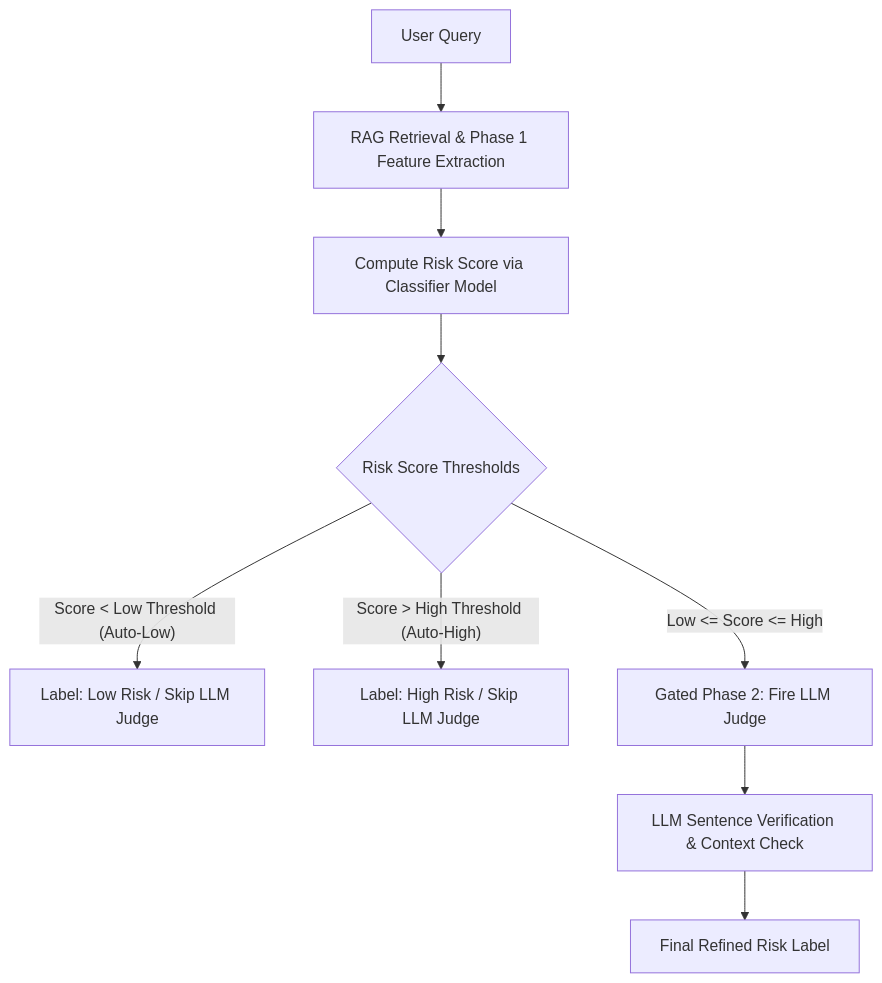
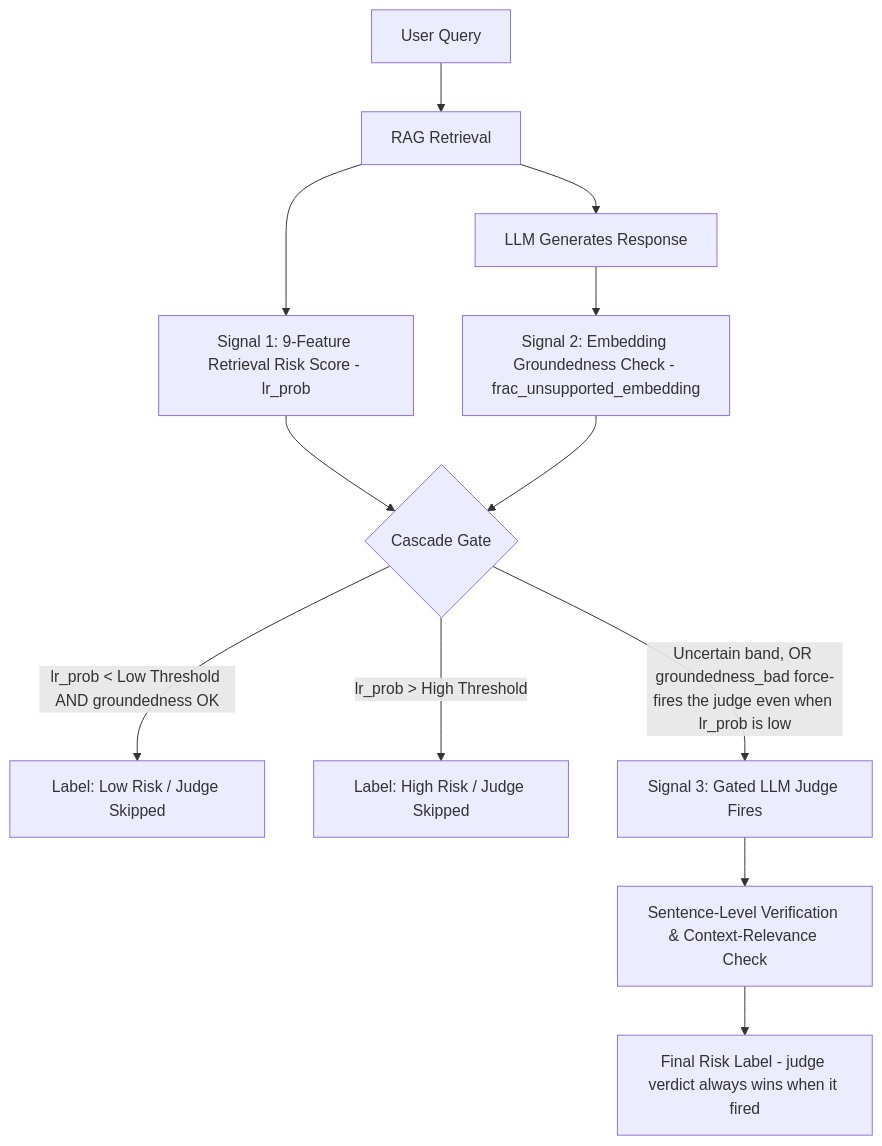
The diagram in README.md (Dipesh-MK/Zoho_Final_Pipeline), drawn with Mermaid before and after one commit. The commit also changed other lines of this file, not shown here.

Commit message:
final readme

````diff
--- a/README.md
+++ b/README.md
@@ -11,11 +11,14 @@
 ```mermaid
 graph TD
-    A[User Query] --> B[RAG Retrieval & Phase 1 Feature Extraction]
-    B --> C[Compute Risk Score via Classifier Model]
-    C --> D{Risk Score Thresholds}
-    D -- "Score < Low Threshold (Auto-Low)" --> E[Label: Low Risk / Skip LLM Judge]
-    D -- "Score > High Threshold (Auto-High)" --> F[Label: High Risk / Skip LLM Judge]
-    D -- "Low <= Score <= High" --> G[Gated Phase 2: Fire LLM Judge]
-    G --> H[LLM Sentence Verification & Context Check]
-    H --> I[Final Refined Risk Label]
+    A[User Query] --> B[RAG Retrieval]
+    B --> C[Signal 1: 9-Feature Retrieval Risk Score - lr_prob]
+    B --> R[LLM Generates Response]
+    R --> S[Signal 2: Embedding Groundedness Check - frac_unsupported_embedding]
+    C --> D{Cascade Gate}
+    S --> D
+    D -- "lr_prob < Low Threshold AND groundedness OK" --> E[Label: Low Risk / Judge Skipped]
+    D -- "lr_prob > High Threshold" --> F[Label: High Risk / Judge Skipped]
+    D -- "Uncertain band, OR groundedness_bad force-fires the judge even when lr_prob is low" --> G[Signal 3: Gated LLM Judge Fires]
+    G --> H[Sentence-Level Verification & Context-Relevance Check]
+    H --> I[Final Risk Label - judge verdict always wins when it fired]
 ```
````
